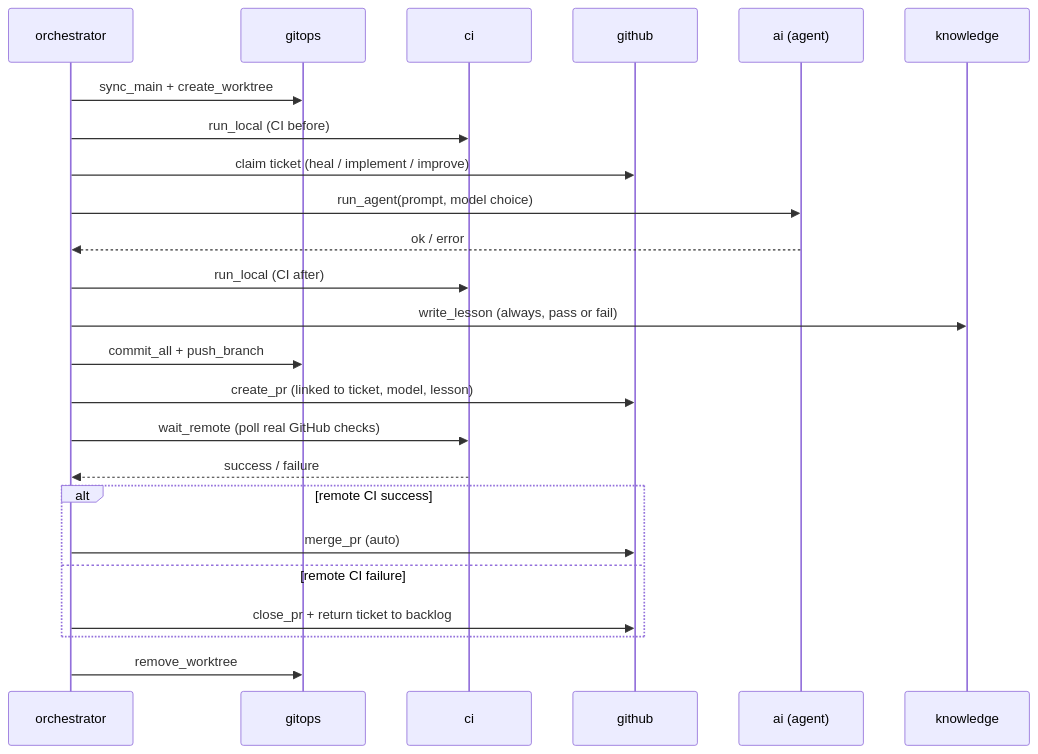
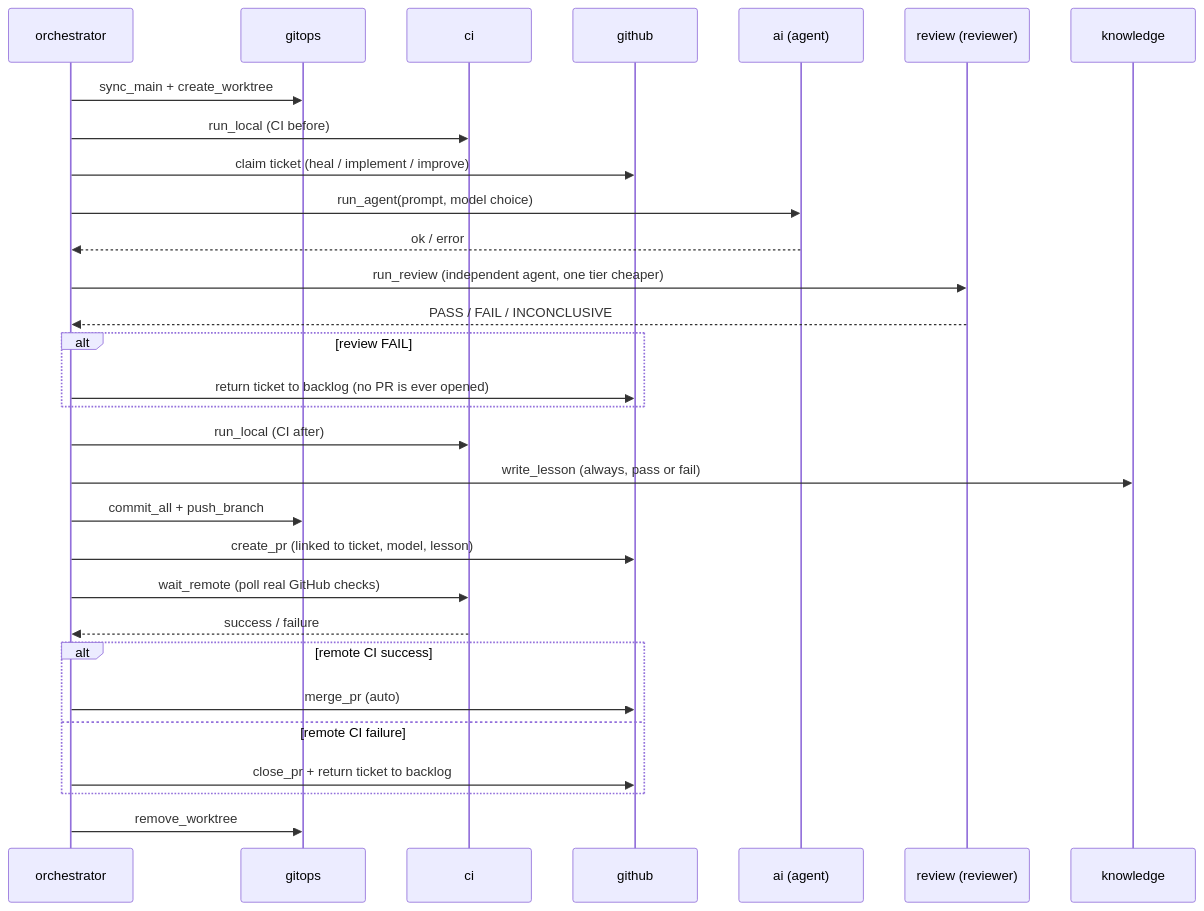
Before and after one commit to hyperscaleailabs/ai-hyperswarm-proto-core: the diagram in docs/ARCHITECTURE.md, drawn with Mermaid. The commit also changed other lines of this file and 19 other files, not shown here.

First line of the commit message:
implement: feat: adversarial acceptance-criteria review gate before a PR is opened

````diff
--- a/docs/ARCHITECTURE.md
+++ b/docs/ARCHITECTURE.md
@@ -24,27 +25,33 @@
 ```mermaid
 sequenceDiagram
     participant O as orchestrator
     participant G as gitops
     participant C as ci
     participant H as github
     participant A as ai (agent)
+    participant R as review (reviewer)
     participant K as knowledge
 
     O->>G: sync_main + create_worktree
     O->>C: run_local (CI before)
     O->>H: claim ticket (heal / implement / improve)
     O->>A: run_agent(prompt, model choice)
     A-->>O: ok / error
+    O->>R: run_review (independent agent, one tier cheaper)
+    R-->>O: PASS / FAIL / INCONCLUSIVE
+    alt review FAIL
+        O->>H: return ticket to backlog (no PR is ever opened)
+    end
     O->>C: run_local (CI after)
     O->>K: write_lesson (always, pass or fail)
     O->>G: commit_all + push_branch
     O->>H: create_pr (linked to ticket, model, lesson)
     O->>C: wait_remote (poll real GitHub checks)
     C-->>O: success / failure
     alt remote CI success
         O->>H: merge_pr (auto)
     else remote CI failure
         O->>H: close_pr + return ticket to backlog
     end
     O->>G: remove_worktree
 ```
````
